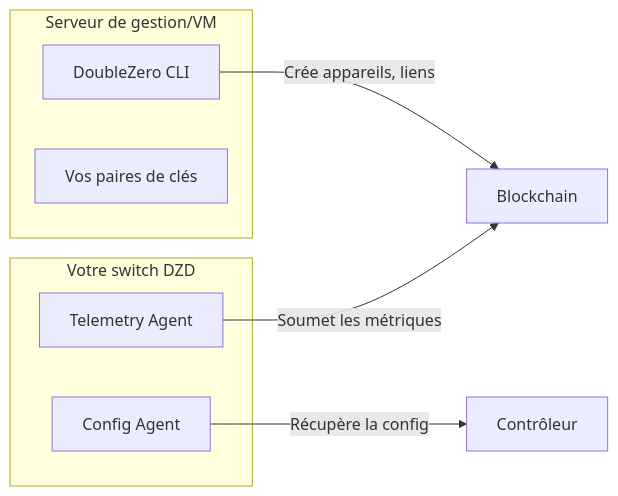
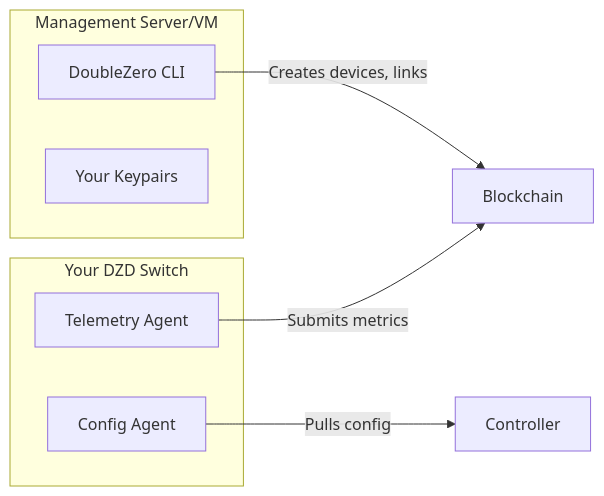
The third of 10 diagrams in docs/contribute-provisioning.fr.md (malbeclabs/docs), drawn with Mermaid before and after one commit. The commit also changed other lines of this file and 27 other files, not shown here.

````diff
--- a/docs/contribute-provisioning.fr.md
+++ b/docs/contribute-provisioning.fr.md
@@ -175,16 +175,16 @@
     ```mermaid
     flowchart LR
-        subgraph "Serveur de gestion/VM"
+        subgraph "Management Server/VM"
             CLI[DoubleZero CLI]
-            KEYS[Vos paires de clés]
+            KEYS[Your Keypairs]
         end
 
-        subgraph "Votre switch DZD"
+        subgraph "Your DZD Switch"
             CA[Config Agent]
             TA[Telemetry Agent]
         end
 
-        CLI -->|Crée appareils, liens| BC[Blockchain]
-        CA -->|Récupère la config| CTRL[Contrôleur]
-        TA -->|Soumet les métriques| BC
+        CLI -->|Creates devices, links| BC[Blockchain]
+        CA -->|Pulls config| CTRL[Controller]
+        TA -->|Submits metrics| BC
     ```
````
